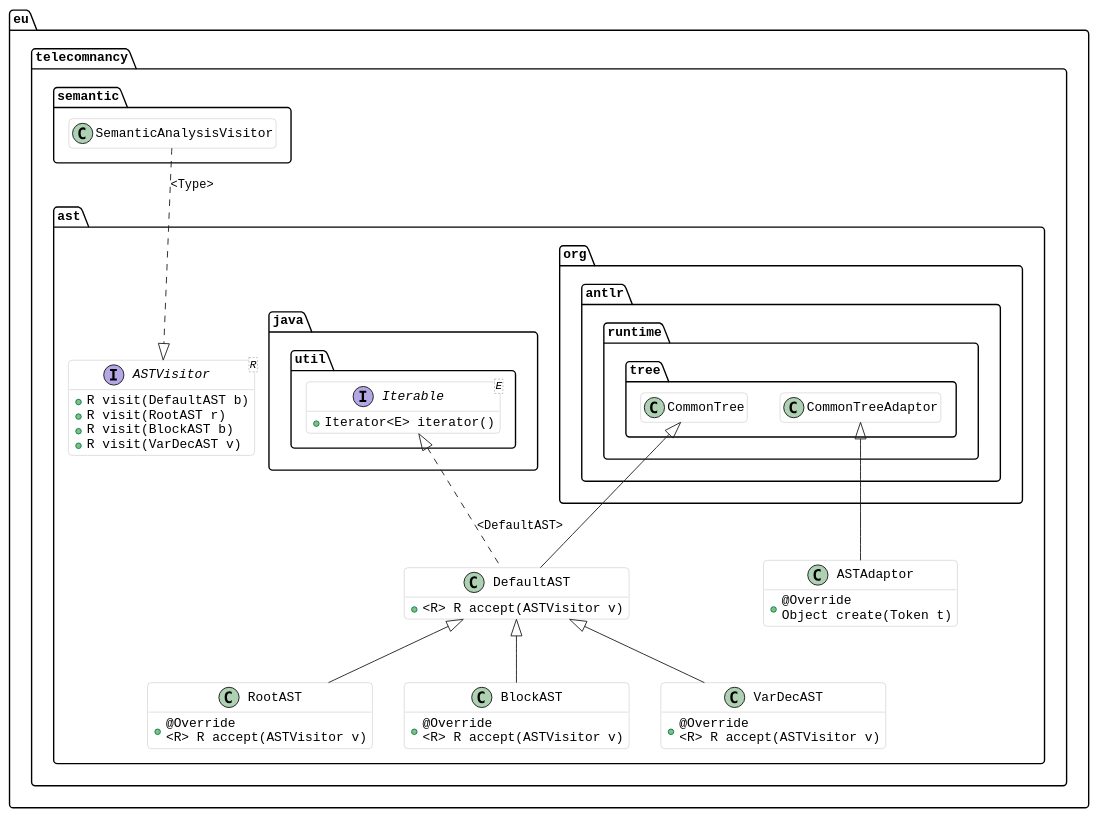
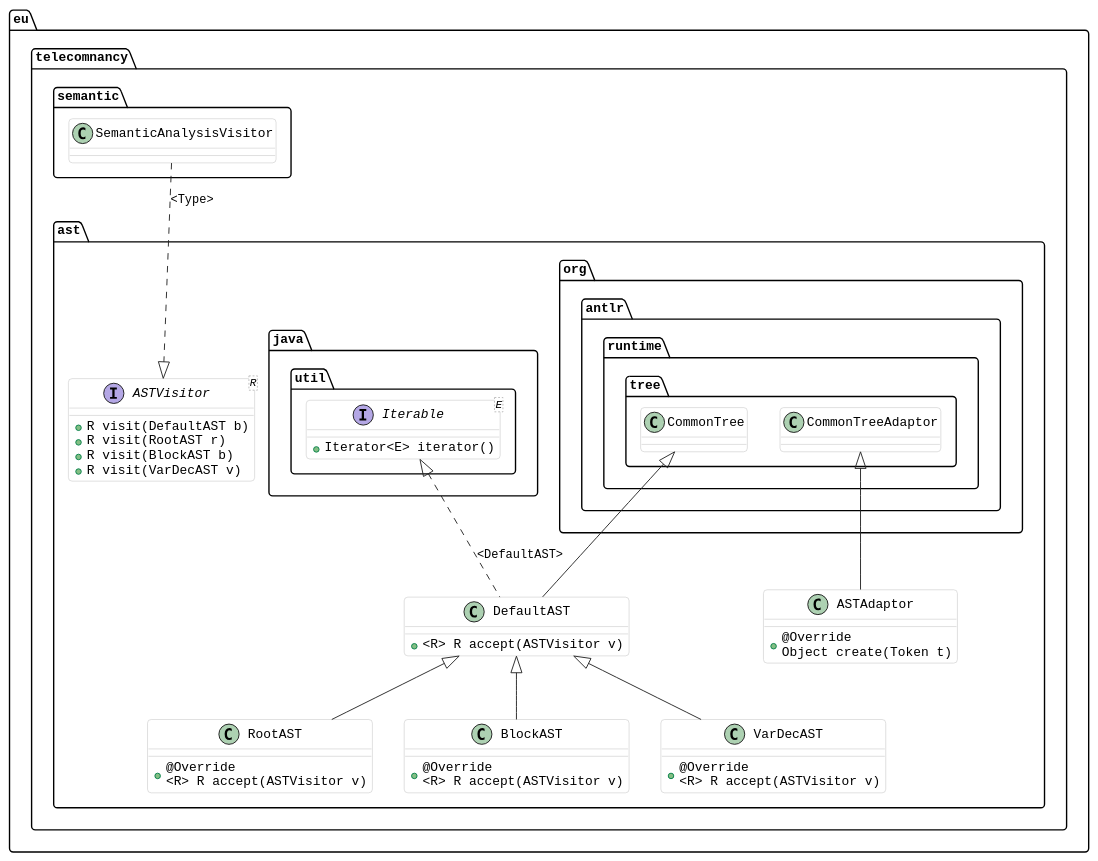
One commit to lobertrand/algol60-compiler changed the diagram in doc/diagrams/ast_visitor.puml. Above: the diagram before and after it, drawn with PlantUML. The commit also changed 3 other files, not shown here.

Commit message:
Précision sur le diagramme de classe

```diff
--- a/doc/diagrams/ast_visitor.puml
+++ b/doc/diagrams/ast_visitor.puml
@@ -1,54 +1,51 @@
 @startuml ast_visitor
 
 skinparam Shadowing false
 skinparam ArrowColor #222
 skinparam ClassBorderColor #bbb
 skinparam ClassBackgroundColor white
 skinparam DefaultFontName Liberation Mono
 skinparam RoundCorner 8
-
-hide empty methods
-hide empty fields
 
 package eu.telecomnancy.ast {
 
 class ASTAdaptor {
     + @Override\nObject create(Token t)
 }
 org.antlr.runtime.tree.CommonTreeAdaptor <|-- ASTAdaptor
 
 class DefaultAST {
     + <R> R accept(ASTVisitor v)
 }
 DefaultAST <|-- RootAST
 DefaultAST <|-- BlockAST
 DefaultAST <|-- VarDecAST
 DefaultAST -up-|> org.antlr.runtime.tree.CommonTree
 DefaultAST .up.|> java.util.Iterable: <DefaultAST>
 
 interface java.util.Iterable<E> {
     + Iterator<E> iterator()
 }
 
 class RootAST {
     + @Override\n<R> R accept(ASTVisitor v)
 }
 class BlockAST {
     + @Override\n<R> R accept(ASTVisitor v)
 }
 class VarDecAST {
     + @Override\n<R> R accept(ASTVisitor v)
 }
 
 interface ASTVisitor<R> {
     + R visit(DefaultAST b)
     + R visit(RootAST r)
     + R visit(BlockAST b)
     + R visit(VarDecAST v)
 }
 ASTVisitor <|.up. eu.telecomnancy.semantic.SemanticAnalysisVisitor: <Type>
 
 }
 ' package end
 
 @enduml
```
